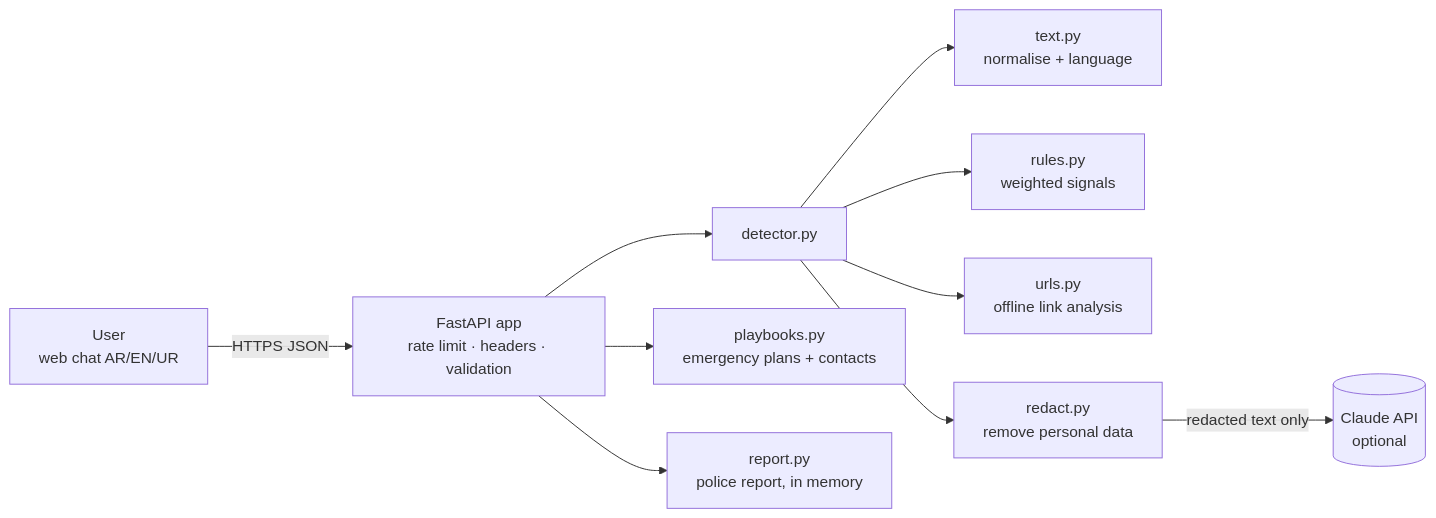
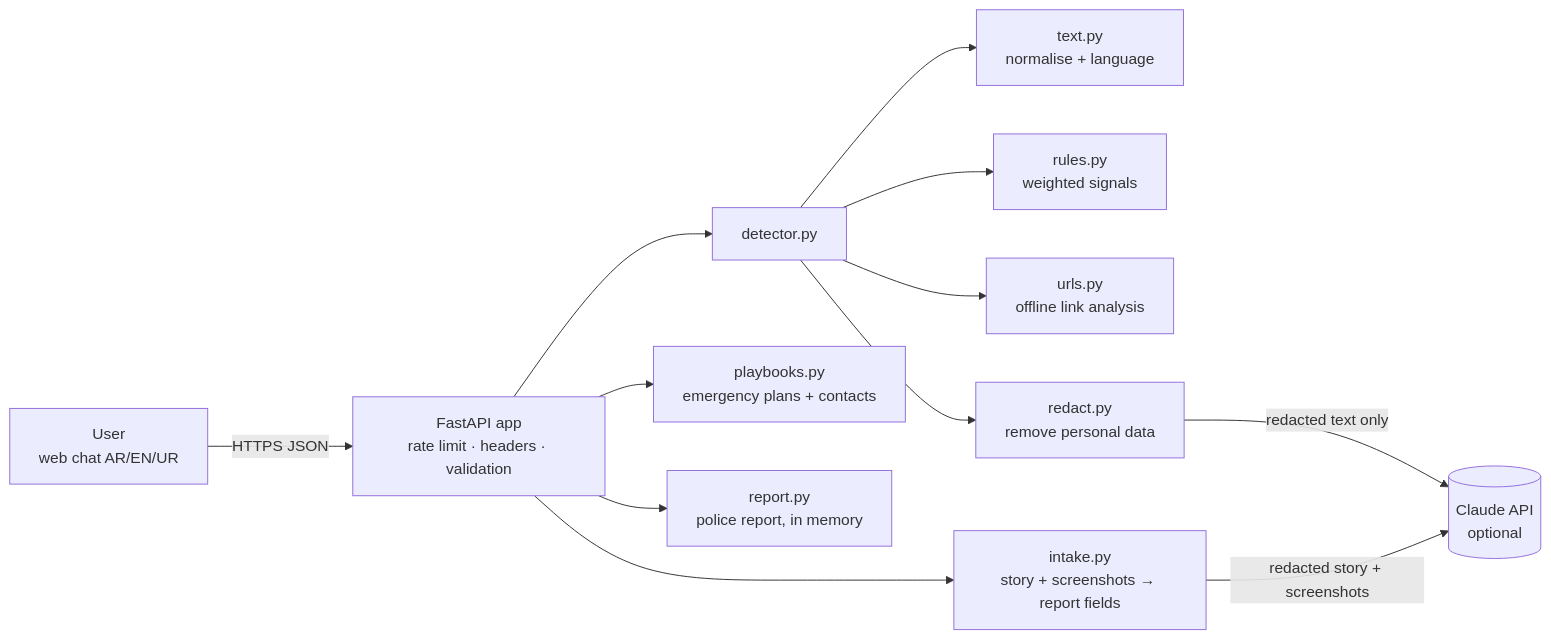
Before and after one commit to mohamedtorky2022/Haris: the diagram in docs/TECHNICAL.md, drawn with Mermaid. The commit also changed other lines of this file and 11 other files, not shown here.

````diff
--- a/docs/TECHNICAL.md
+++ b/docs/TECHNICAL.md
@@ -7,12 +7,14 @@
 ```mermaid
 flowchart LR
     U[User<br/>web chat AR/EN/UR] -->|HTTPS JSON| API[FastAPI app<br/>rate limit · headers · validation]
     API --> D[detector.py]
     D --> N[text.py<br/>normalise + language]
     D --> R[rules.py<br/>weighted signals]
     D --> L[urls.py<br/>offline link analysis]
     D --> X[redact.py<br/>remove personal data]
     X -->|redacted text only| C[(Claude API<br/>optional)]
+    API --> I[intake.py<br/>story + screenshots → report fields]
+    I -->|redacted story + screenshots| C
     API --> P[playbooks.py<br/>emergency plans + contacts]
     API --> RP[report.py<br/>police report, in memory]
 ```
````
